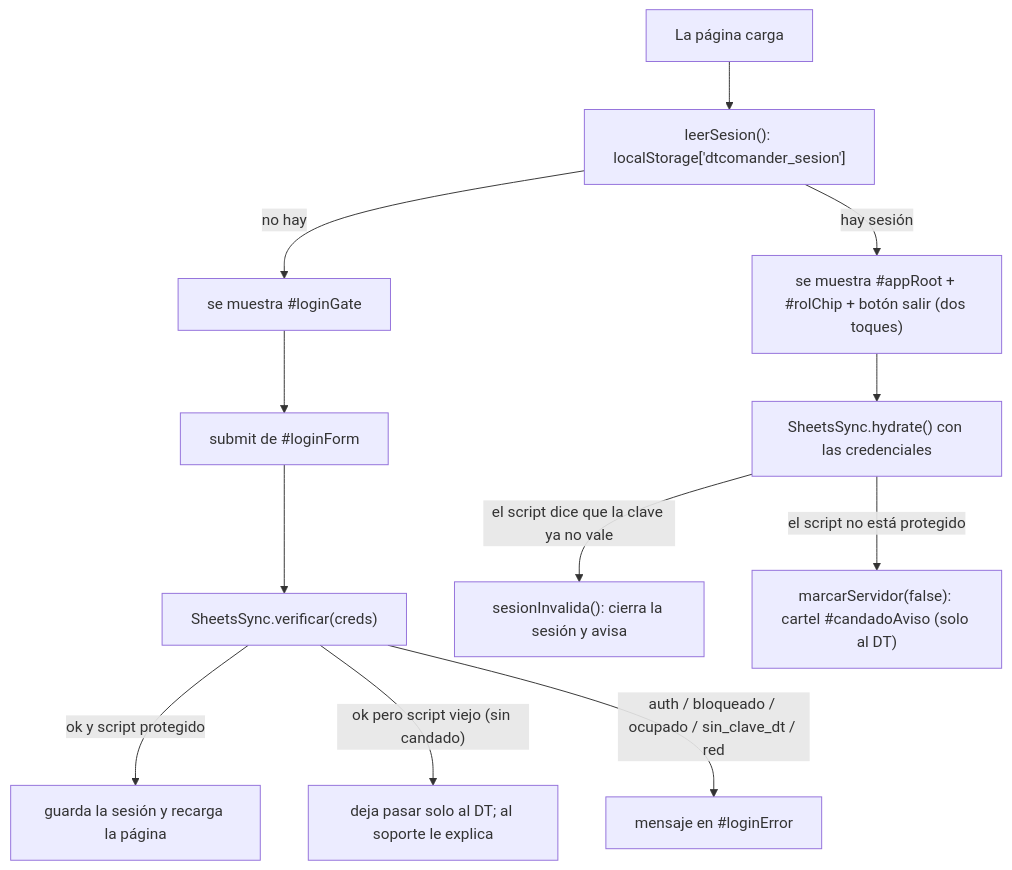
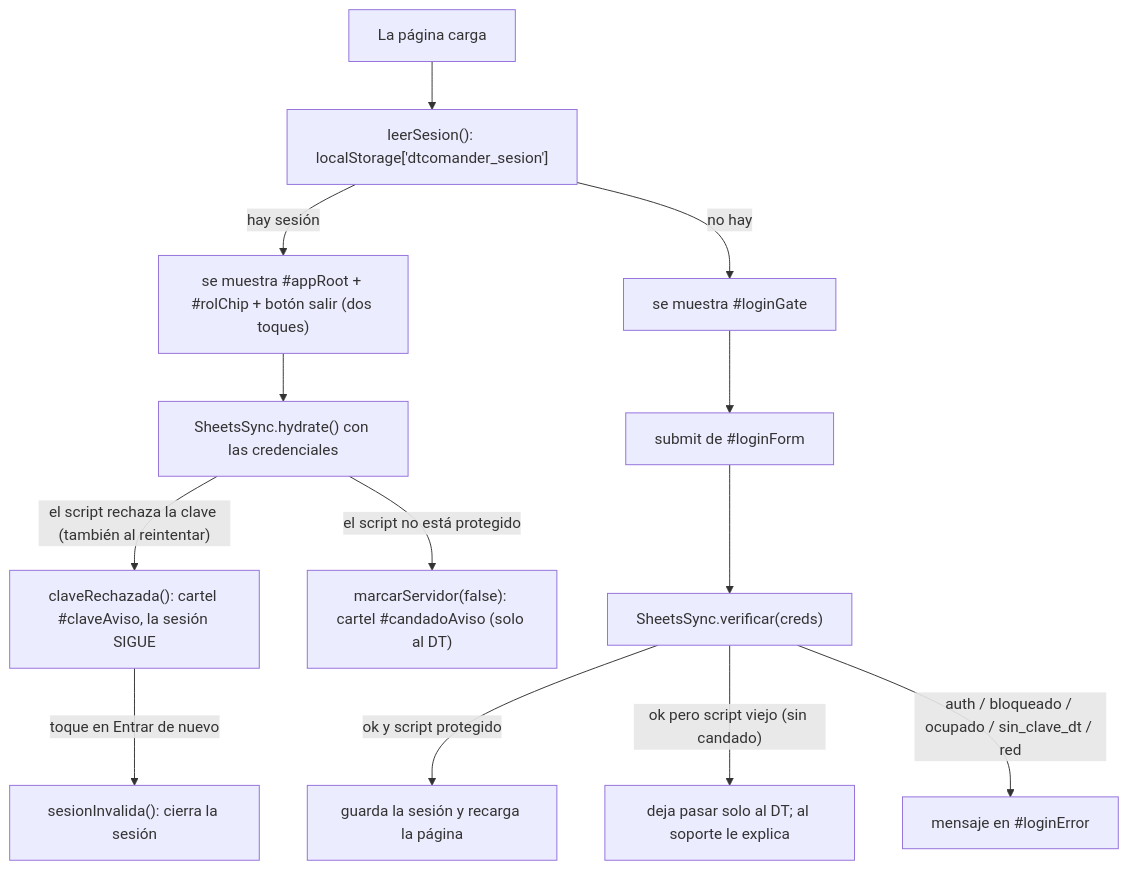
The diagram in codemap/js/acceso.md (Lechuza22/DtCommander), drawn with Mermaid before and after one commit. The commit also changed other lines of this file, not shown here.

Commit message:
La clave rechazada ya no cierra la sesion sola (reintenta y avisa), historial de conexion en Ajustes y los datos de Google quedan guardados al abrir

````diff
--- a/codemap/js/acceso.md
+++ b/codemap/js/acceso.md
@@ -22,14 +22,15 @@
 ```mermaid
 flowchart TD
     Carga["La página carga"] --> leerSesion["leerSesion(): localStorage['dtcomander_sesion']"]
     leerSesion -->|"hay sesión"| MostrarApp["se muestra #appRoot + #rolChip + botón salir (dos toques)"]
     leerSesion -->|"no hay"| Entrada["se muestra #loginGate"]
     Entrada --> Submit["submit de #loginForm"]
     Submit --> verificar["SheetsSync.verificar(creds)"]
     verificar -->|"ok y script protegido"| Guardar["guarda la sesión y recarga la página"]
     verificar -->|"ok pero script viejo (sin candado)"| SoloDT["deja pasar solo al DT; al soporte le explica"]
     verificar -->|"auth / bloqueado / ocupado / sin_clave_dt / red"| Mensaje["mensaje en #loginError"]
     MostrarApp --> Hydrate["SheetsSync.hydrate() con las credenciales"]
-    Hydrate -->|"el script dice que la clave ya no vale"| sesionInvalida["sesionInvalida(): cierra la sesión y avisa"]
+    Hydrate -->|"el script rechaza la clave (también al reintentar)"| claveRechazada["claveRechazada(): cartel #claveAviso, la sesión SIGUE"]
+    claveRechazada -->|"toque en Entrar de nuevo"| sesionInvalida["sesionInvalida(): cierra la sesión"]
     Hydrate -->|"el script no está protegido"| marcarServidor["marcarServidor(false): cartel #candadoAviso (solo al DT)"]
 ```
````
